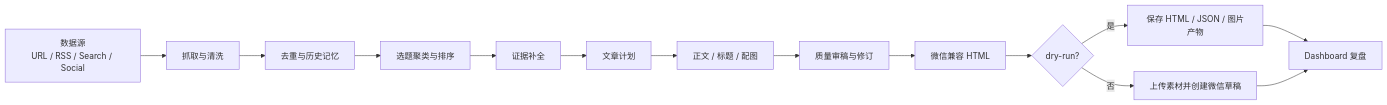
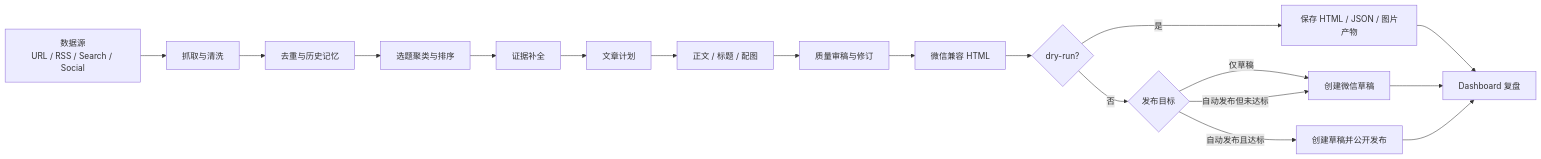
Before and after one commit to zhao610-ops/auto-work-pro: the first of 2 diagrams in README.md, drawn with Mermaid. The commit also changed other lines of this file and 28 other files, not shown here.

````diff
--- a/README.md
+++ b/README.md
@@ -90,16 +90,20 @@
 ```mermaid
 flowchart LR
   A["数据源<br/>URL / RSS / Search / Social"] --> B["抓取与清洗"]
   B --> C["去重与历史记忆"]
   C --> D["选题聚类与排序"]
   D --> E["证据补全"]
   E --> F["文章计划"]
   F --> G["正文 / 标题 / 配图"]
   G --> H["质量审稿与修订"]
   H --> I["微信兼容 HTML"]
   I --> J{"dry-run?"}
   J -->|是| K["保存 HTML / JSON / 图片产物"]
-  J -->|否| L["上传素材并创建微信草稿"]
+  J -->|否| L{"发布目标"}
+  L -->|仅草稿| N["创建微信草稿"]
+  L -->|自动发布且达标| O["创建草稿并公开发布"]
+  L -->|自动发布但未达标| N
   K --> M["Dashboard 复盘"]
-  L --> M
+  N --> M
+  O --> M
 ```
````
